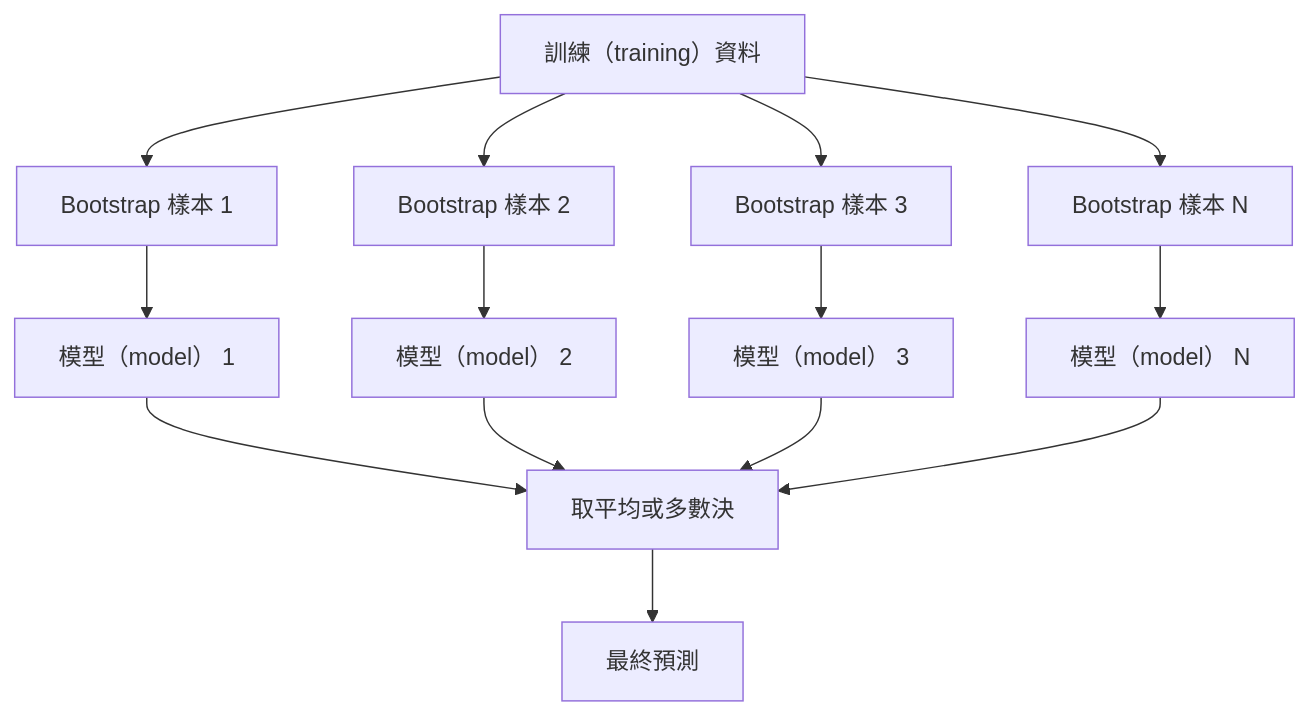
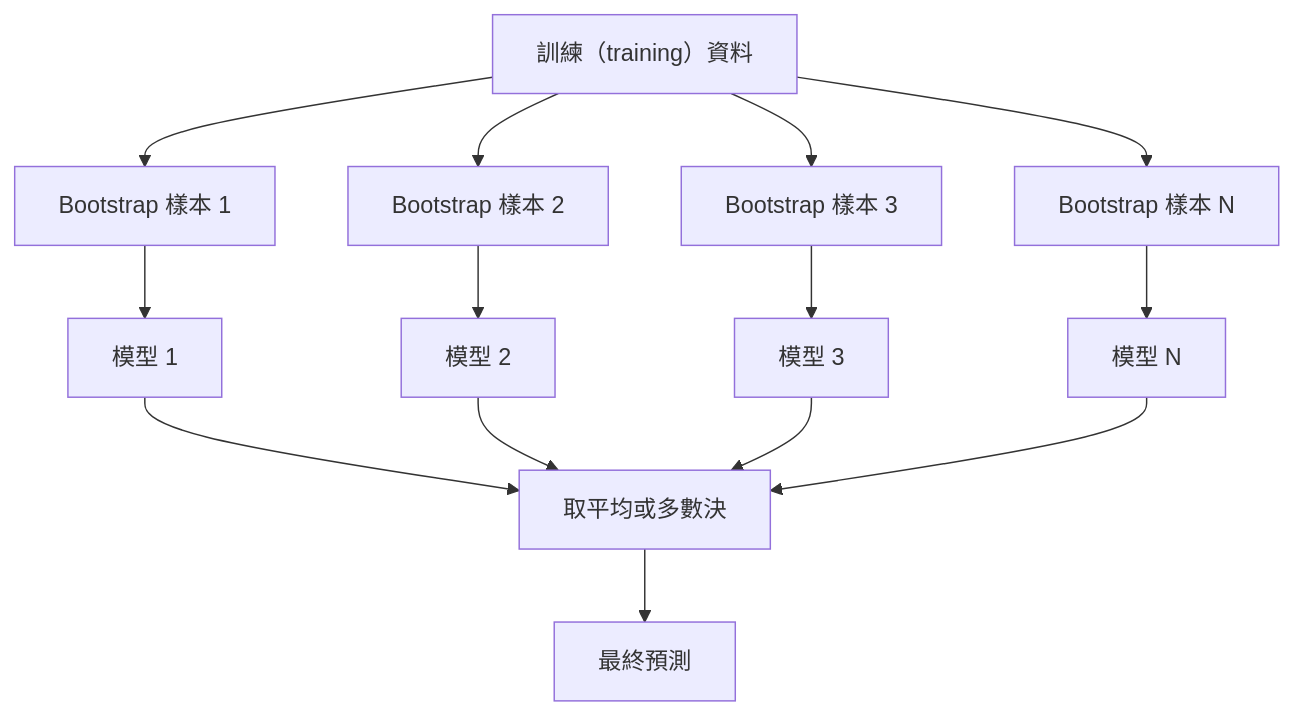
One commit to edward821220/ai-engineering-from-scratch changed the first of 3 diagrams in i18n/zh-TW/phases/02-ml-fundamentals/11-ensemble-methods/docs/zh-TW.md. Above: the diagram before and after it, drawn with Mermaid. The commit also changed other lines of this file and 123 other files, not shown here.

````diff
--- a/i18n/zh-TW/phases/02-ml-fundamentals/11-ensemble-methods/docs/zh-TW.md
+++ b/i18n/zh-TW/phases/02-ml-fundamentals/11-ensemble-methods/docs/zh-TW.md
@@ -46,19 +46,19 @@
 ```mermaid
 flowchart TD
     D[訓練（training）資料] --> B1[Bootstrap 樣本 1]
     D --> B2[Bootstrap 樣本 2]
     D --> B3[Bootstrap 樣本 3]
     D --> BN[Bootstrap 樣本 N]
 
-    B1 --> M1[模型（model） 1]
-    B2 --> M2[模型（model） 2]
-    B3 --> M3[模型（model） 3]
-    BN --> MN[模型（model） N]
+    B1 --> M1[模型 1]
+    B2 --> M2[模型 2]
+    B3 --> M3[模型 3]
+    BN --> MN[模型 N]
 
     M1 --> V[取平均或多數決]
     M2 --> V
     M3 --> V
     MN --> V
 
     V --> P[最終預測]
 ```
````
